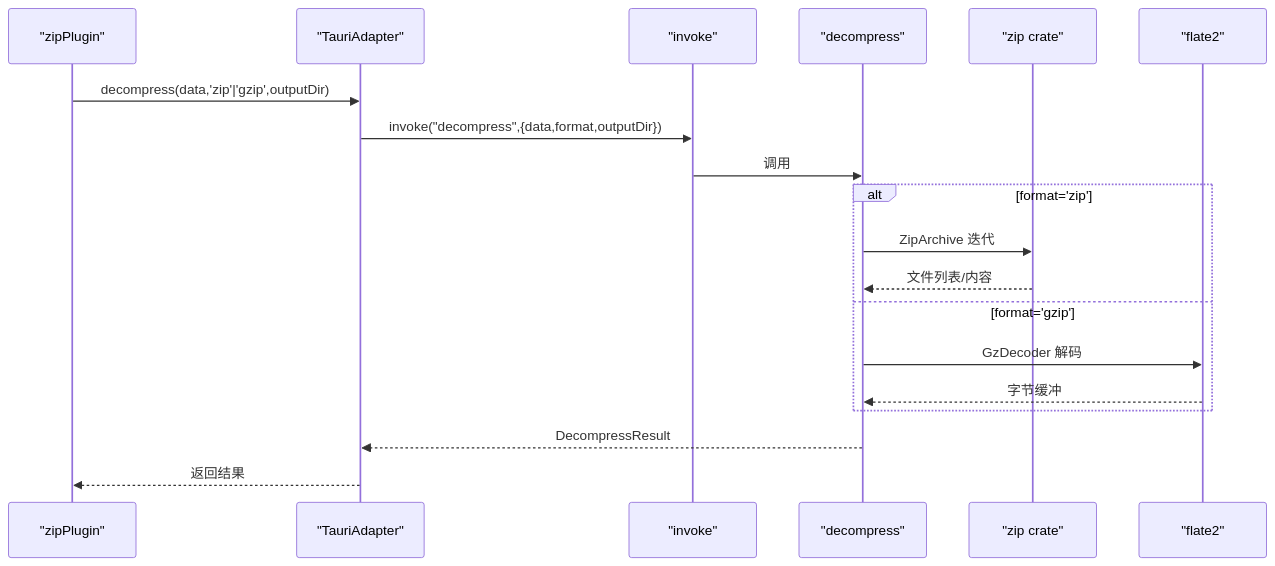
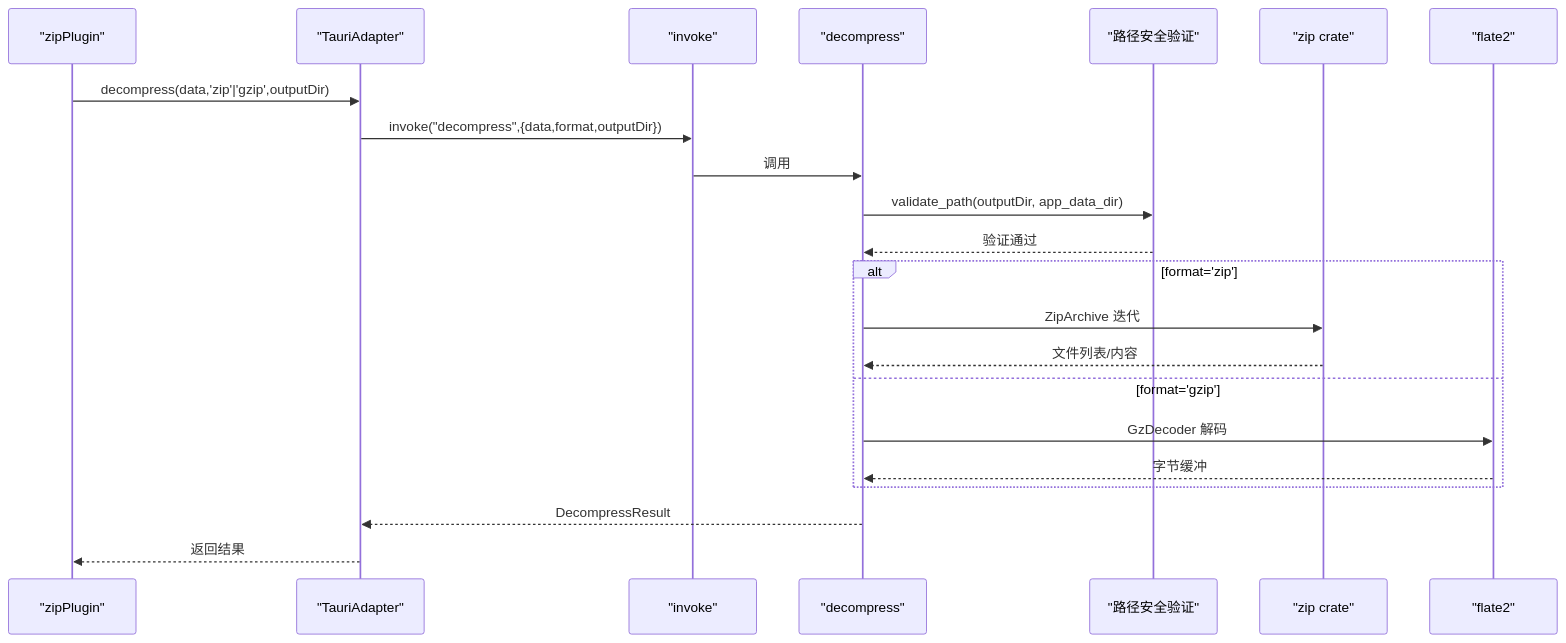
The ninth of 12 diagrams in .qoder/repowiki/zh/content/架构设计/前后端通信机制/前后端通信机制.md (taoweidong/Hello-Tauri), drawn with Mermaid before and after one commit. The commit also changed other lines of this file and 119 other files, not shown here.

````diff
--- a/.qoder/repowiki/zh/content/架构设计/前后端通信机制/前后端通信机制.md
+++ b/.qoder/repowiki/zh/content/架构设计/前后端通信机制/前后端通信机制.md
@@ -369,21 +415,24 @@
 ```mermaid
 sequenceDiagram
 participant PL as "zipPlugin"
 participant AD as "TauriAdapter"
 participant INV as "invoke"
 participant CMD as "decompress"
+participant SEC as "路径安全验证"
 participant ZIP as "zip crate"
 participant GZ as "flate2"
 PL->>AD : decompress(data,'zip'|'gzip',outputDir)
 AD->>INV : invoke("decompress",{data,format,outputDir})
 INV->>CMD : 调用
+CMD->>SEC : validate_path(outputDir, app_data_dir)
+SEC-->>CMD : 验证通过
 alt format='zip'
 CMD->>ZIP : ZipArchive 迭代
 ZIP-->>CMD : 文件列表/内容
 else format='gzip'
 CMD->>GZ : GzDecoder 解码
 GZ-->>CMD : 字节缓冲
 end
 CMD-->>AD : DecompressResult
 AD-->>PL : 返回结果
 ```
````
